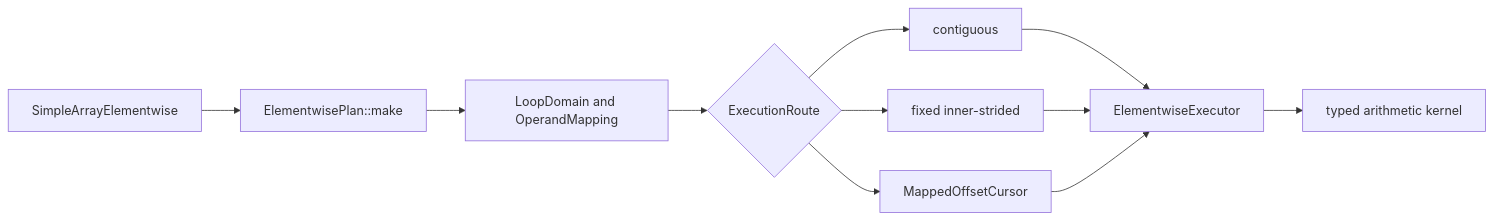
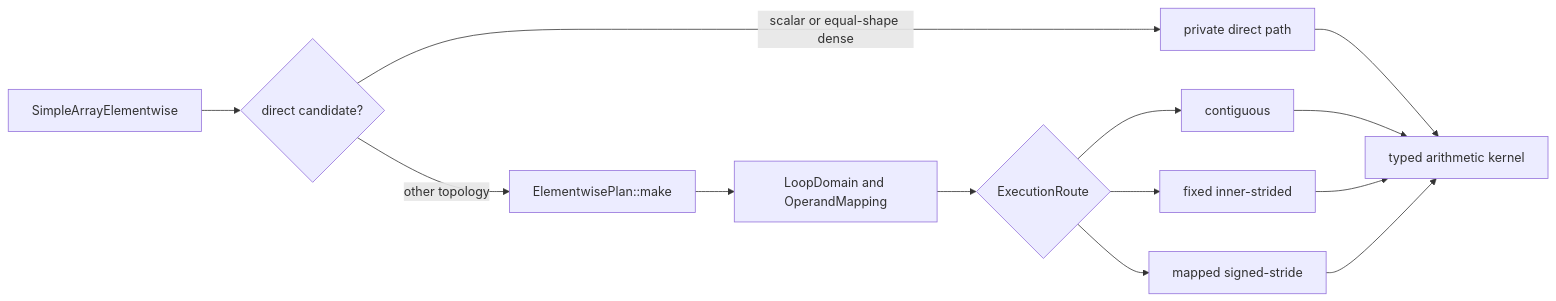
One commit to ThreeMonth03/solvcon changed the diagram in doc/source/devplan/elementwise-broadcast-execution/index.md. Above: the diagram before and after it, drawn with Mermaid. The commit also changed other lines of this file and 1 other file, not shown here.

Commit message:
Reorganize the elementwise HPC guide

````diff
--- a/doc/source/devplan/elementwise-broadcast-execution/index.md
+++ b/doc/source/devplan/elementwise-broadcast-execution/index.md
@@ -72,13 +43,15 @@
 ```mermaid
 flowchart LR
-  A["SimpleArrayElementwise"] --> B["ElementwisePlan::make"]
-  B --> C["LoopDomain and OperandMapping"]
-  C --> D{"ExecutionRoute"}
-  D --> E["contiguous"]
-  D --> F["fixed inner-strided"]
-  D --> G["MappedOffsetCursor"]
-  E --> H["ElementwiseExecutor"]
-  F --> H
-  G --> H
-  H --> I["typed arithmetic kernel"]
+  A["SimpleArrayElementwise"] --> B{"direct candidate?"}
+  B -->|"scalar or equal-shape dense"| C["private direct path"]
+  B -->|"other topology"| D["ElementwisePlan::make"]
+  D --> E["LoopDomain and OperandMapping"]
+  E --> F{"ExecutionRoute"}
+  F --> G["contiguous"]
+  F --> H["fixed inner-strided"]
+  F --> I["mapped signed-stride"]
+  C --> J["typed arithmetic kernel"]
+  G --> J
+  H --> J
+  I --> J
 ```
````
